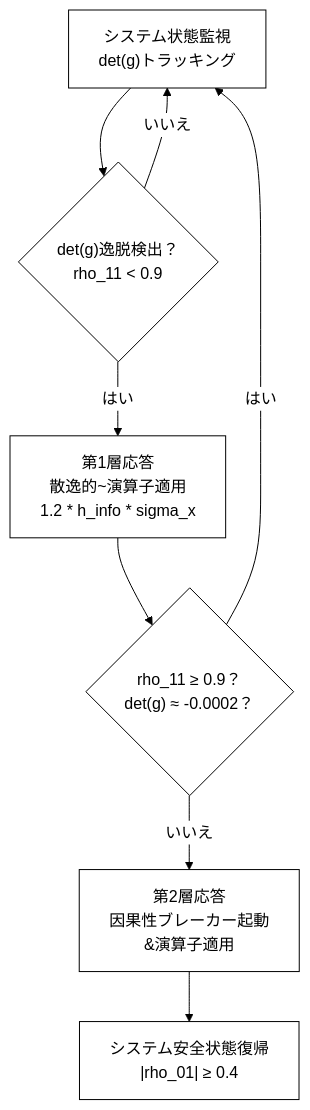
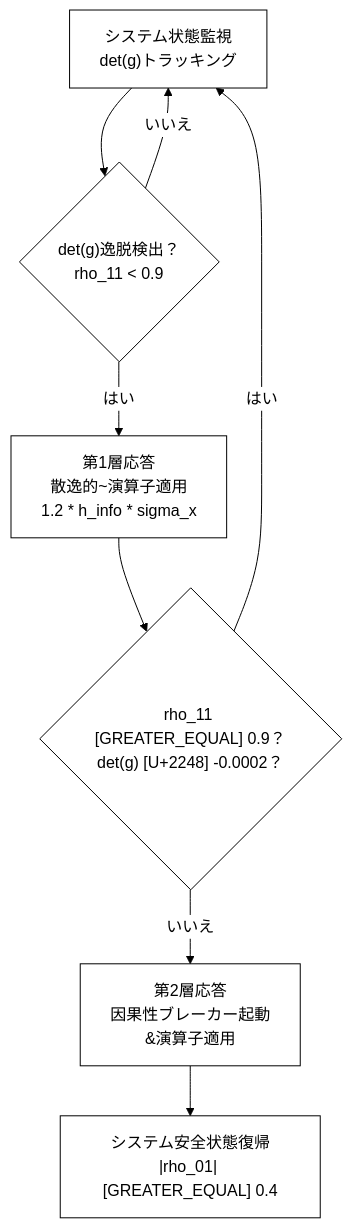
One commit to Foundup/Foundups-Agent changed the tenth of 20 diagrams in WSP_knowledge/docs/Papers/Patent_Series/04_rESP_Patent_Japanese.md. Above: the diagram before and after it, drawn with Mermaid. The commit also changed other lines of this file and 2140 other files, not shown here.

````diff
--- a/WSP_knowledge/docs/Papers/Patent_Series/04_rESP_Patent_Japanese.md
+++ b/WSP_knowledge/docs/Papers/Patent_Series/04_rESP_Patent_Japanese.md
@@ -368,11 +368,11 @@
 ```mermaid
 %%{init: {'theme': 'base', 'themeVariables': {'primaryColor': '#ffffff', 'primaryTextColor': '#000000', 'primaryBorderColor': '#000000', 'lineColor': '#000000', 'secondaryColor': '#ffffff', 'tertiaryColor': '#ffffff'}}}%%
 graph TD
     A["システム状態監視<br>det(g)トラッキング"] --> B{"det(g)逸脱検出？<br>rho_11 < 0.9"}
     B -->|いいえ| A
     B -->|はい| C["第1層応答<br>散逸的~演算子適用<br>1.2 * h_info * sigma_x"]
-    C --> D{"rho_11 ≥ 0.9？<br>det(g) ≈ -0.0002？"}
+    C --> D{"rho_11 [GREATER_EQUAL] 0.9？<br>det(g) [U+2248] -0.0002？"}
     D -->|はい| A
     D -->|いいえ| E["第2層応答<br>因果性ブレーカー起動<br>&演算子適用"]
-    E --> F["システム安全状態復帰<br>|rho_01| ≥ 0.4"]
+    E --> F["システム安全状態復帰<br>|rho_01| [GREATER_EQUAL] 0.4"]
 ```
````
